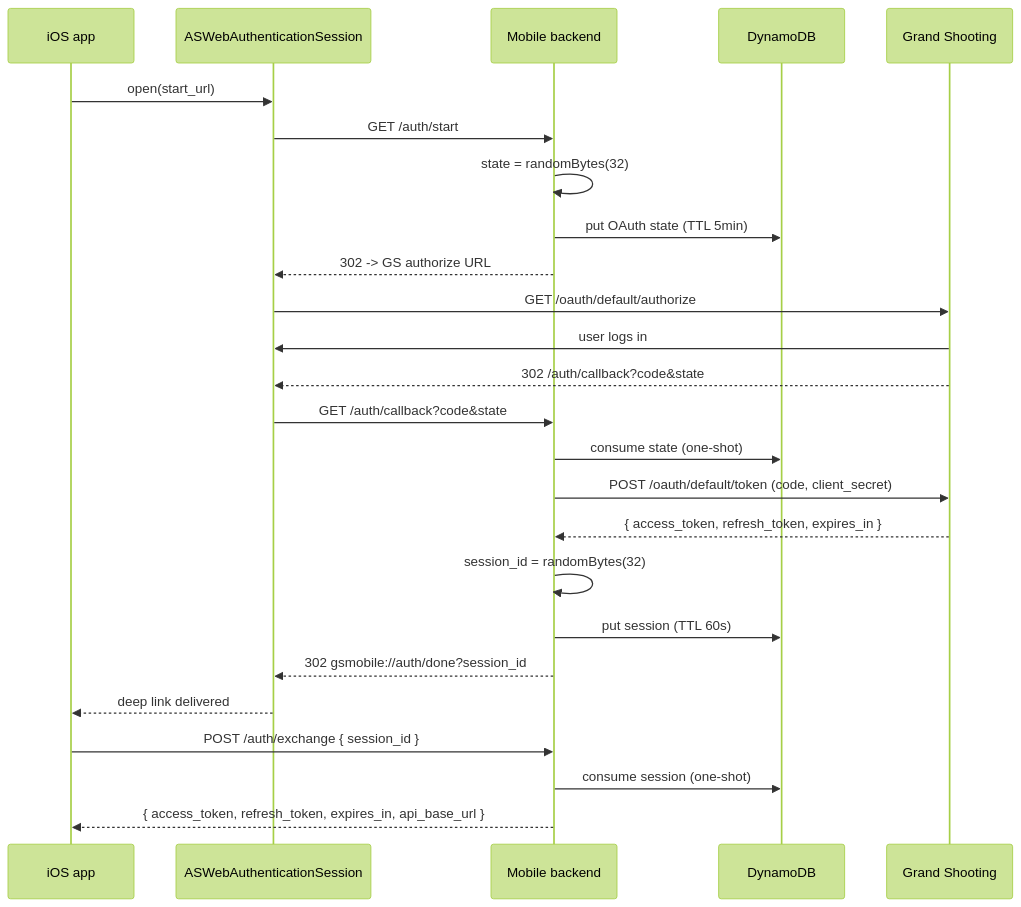
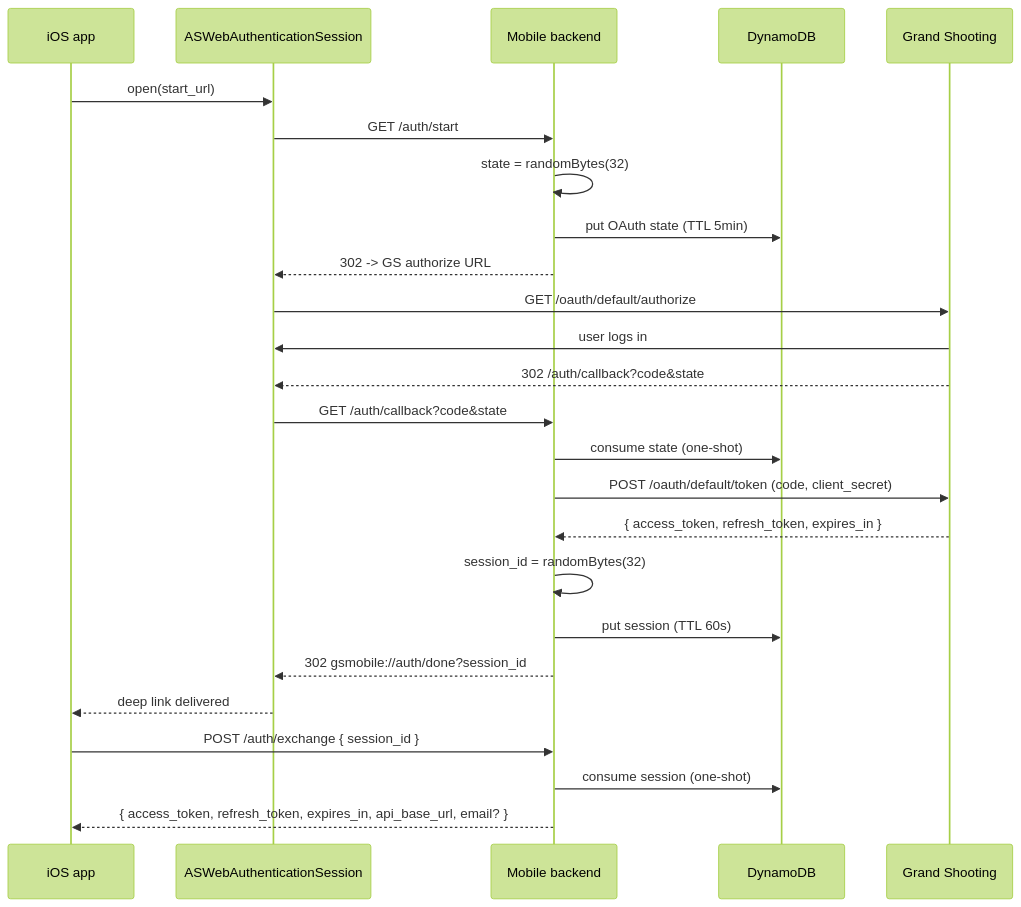
Before and after one commit to phumblot-gs/gs-mobile-backend: the first of 2 diagrams in docs/AUTH-FLOW.md, drawn with Mermaid (forest theme). The commit also changed other lines of this file and 6 other files, not shown here.

First line of the commit message:
Return user email from /auth/exchange and /auth/refresh

````diff
--- a/docs/AUTH-FLOW.md
+++ b/docs/AUTH-FLOW.md
@@ -11,28 +11,28 @@
 ```mermaid
 sequenceDiagram
   participant iOS as iOS app
   participant ASW as ASWebAuthenticationSession
   participant API as Mobile backend
   participant Dyn as DynamoDB
   participant GS as Grand Shooting
 
   iOS->>ASW: open(start_url)
   ASW->>API: GET /auth/start
   API->>API: state = randomBytes(32)
   API->>Dyn: put OAuth state (TTL 5min)
   API-->>ASW: 302 -> GS authorize URL
   ASW->>GS: GET /oauth/default/authorize
   GS->>ASW: user logs in
   GS-->>ASW: 302 /auth/callback?code&state
   ASW->>API: GET /auth/callback?code&state
   API->>Dyn: consume state (one-shot)
   API->>GS: POST /oauth/default/token (code, client_secret)
   GS-->>API: { access_token, refresh_token, expires_in }
   API->>API: session_id = randomBytes(32)
   API->>Dyn: put session (TTL 60s)
   API-->>ASW: 302 gsmobile://auth/done?session_id
   ASW-->>iOS: deep link delivered
   iOS->>API: POST /auth/exchange { session_id }
   API->>Dyn: consume session (one-shot)
-  API-->>iOS: { access_token, refresh_token, expires_in, api_base_url }
+  API-->>iOS: { access_token, refresh_token, expires_in, api_base_url, email? }
 ```
````
